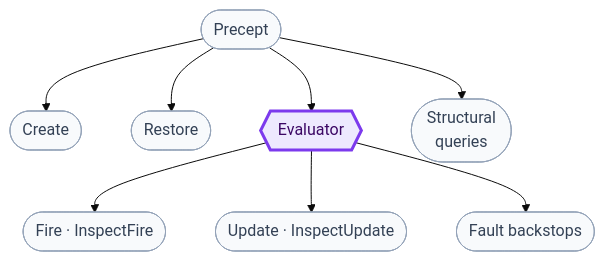
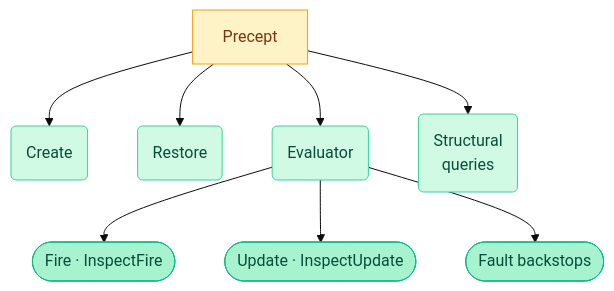
One commit to sfalik/Precept changed the ninth of 9 diagrams in docs/compiler-and-runtime-design.md. Above: the diagram before and after it, drawn with Mermaid (base theme). The commit also changed other lines of this file, not shown here.

Commit message:
docs: align §4–§11 diagram shapes and colors with §3 overview

````diff
--- a/docs/compiler-and-runtime-design.md
+++ b/docs/compiler-and-runtime-design.md
@@ -594,25 +600,26 @@
 ```mermaid
 flowchart TD
-    classDef data fill:#f8fafc,stroke:#94a3b8,color:#334155
-    classDef stage fill:#ede9fe,stroke:#7c3aed,stroke-width:3px,color:#3b0764
+    classDef artifact fill:#fef3c7,stroke:#f59e0b,color:#78350f
+    classDef runtime fill:#d1fae5,stroke:#34d399,color:#064e3b
+    classDef leaf fill:#a7f3d0,stroke:#10b981,color:#064e3b
 
-    P(["Precept"]):::data
+    P[Precept]:::artifact
 
-    CREATE(["Create"]):::data
-    RESTORE(["Restore"]):::data
-    EVAL{{"Evaluator"}}:::stage
-    STRUCT(["Structural\nqueries"]):::data
+    CREATE(Create):::runtime
+    RESTORE(Restore):::runtime
+    EVAL(Evaluator):::runtime
+    STRUCT(Structural\nqueries):::runtime
 
     P --> CREATE
     P --> RESTORE
     P --> EVAL
     P --> STRUCT
 
-    FIRE(["Fire · InspectFire"]):::data
-    UPD(["Update · InspectUpdate"]):::data
-    FAULT(["Fault backstops"]):::data
+    FIRE([Fire · InspectFire]):::leaf
+    UPD([Update · InspectUpdate]):::leaf
+    FAULT([Fault backstops]):::leaf
 
     EVAL --> FIRE
     EVAL --> UPD
     EVAL --> FAULT
 ```
````
